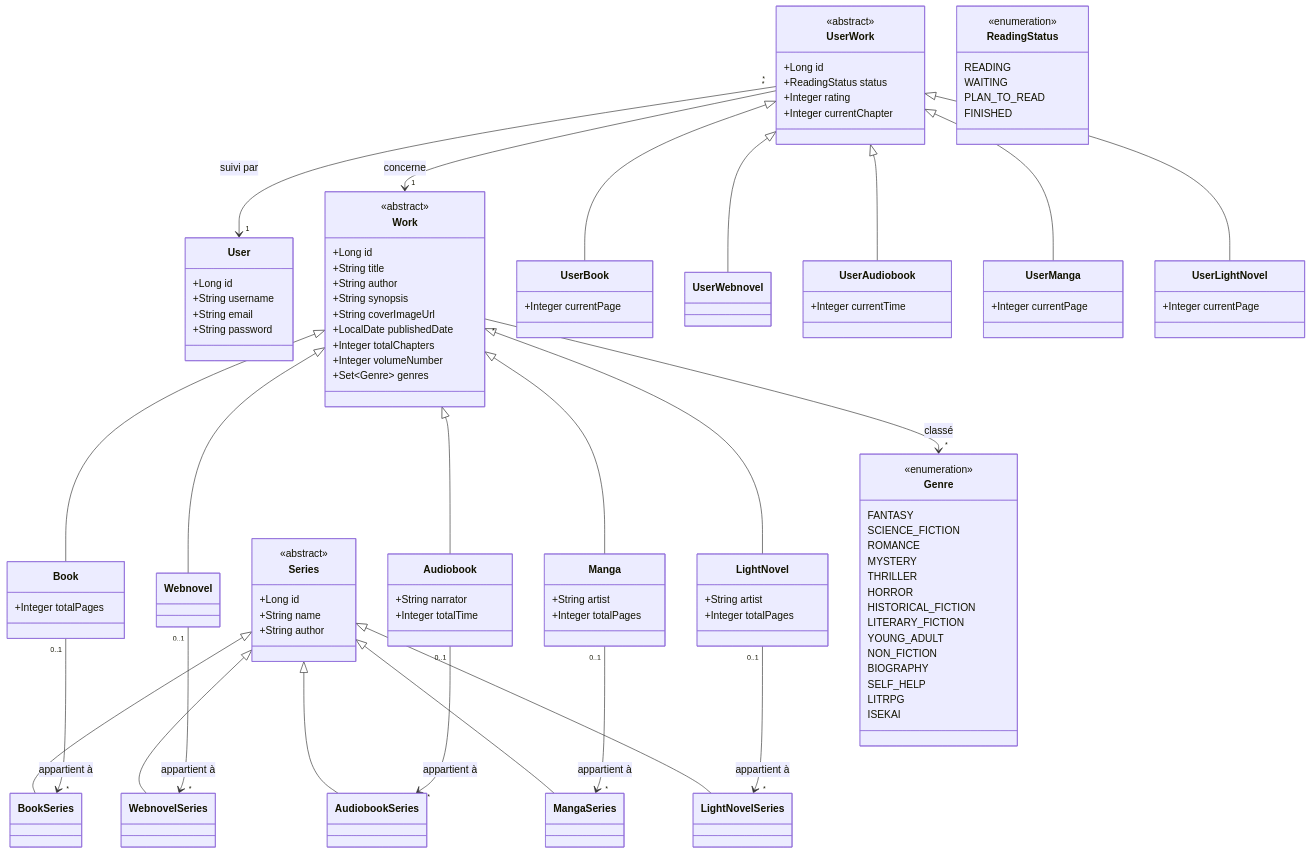
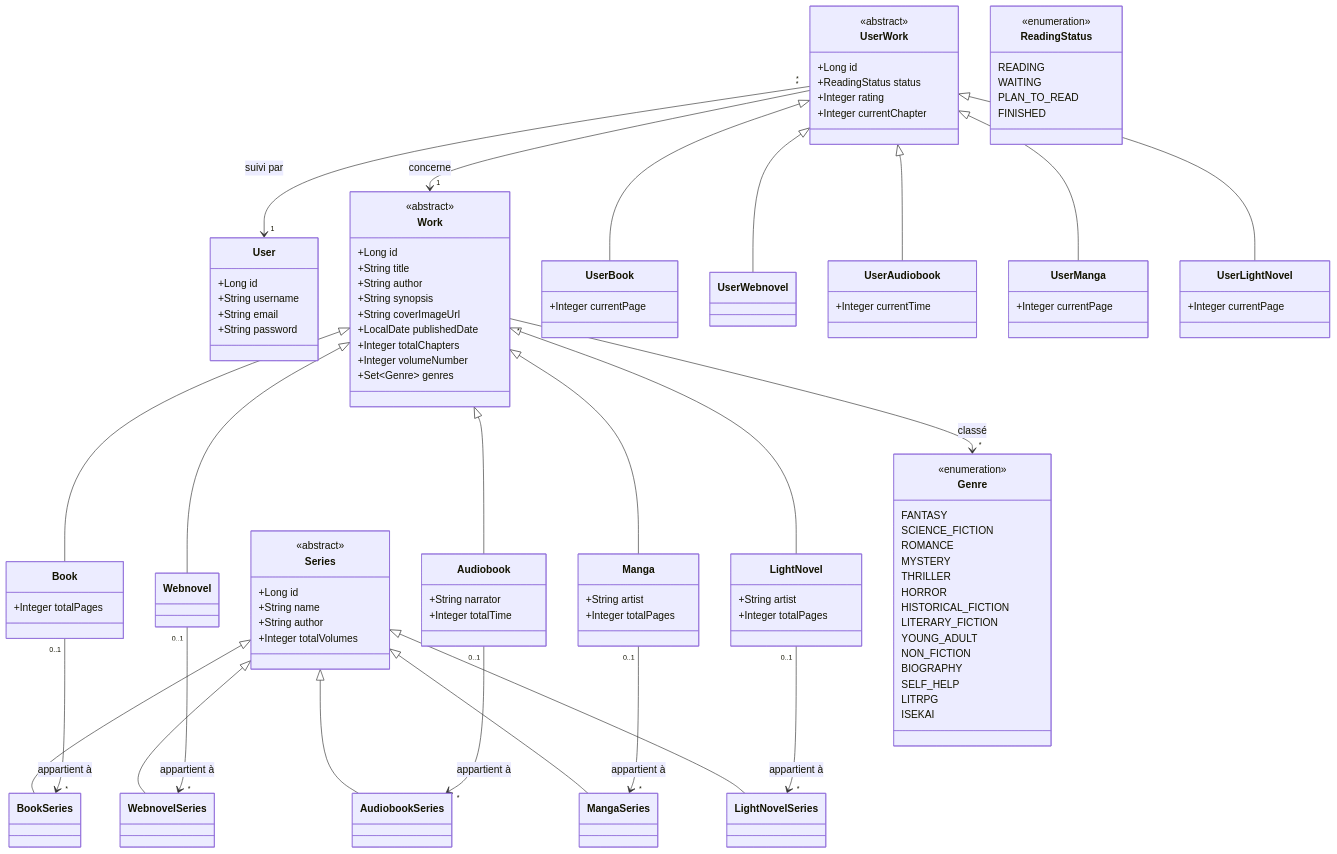
Before and after one commit to malauzet/bookshelf: the first of 2 diagrams in bookshelf-api/conception/conception.md, drawn with Mermaid. The commit also changed other lines of this file, not shown here.

First line of the commit message:
Add totalVolumes to Series in conception doc.

```diff
--- a/bookshelf-api/conception/conception.md
+++ b/bookshelf-api/conception/conception.md
@@ -73,6 +74,7 @@
         +Long id
         +String name
         +String author
+        +Integer totalVolumes
     }
 
     class BookSeries {
```
